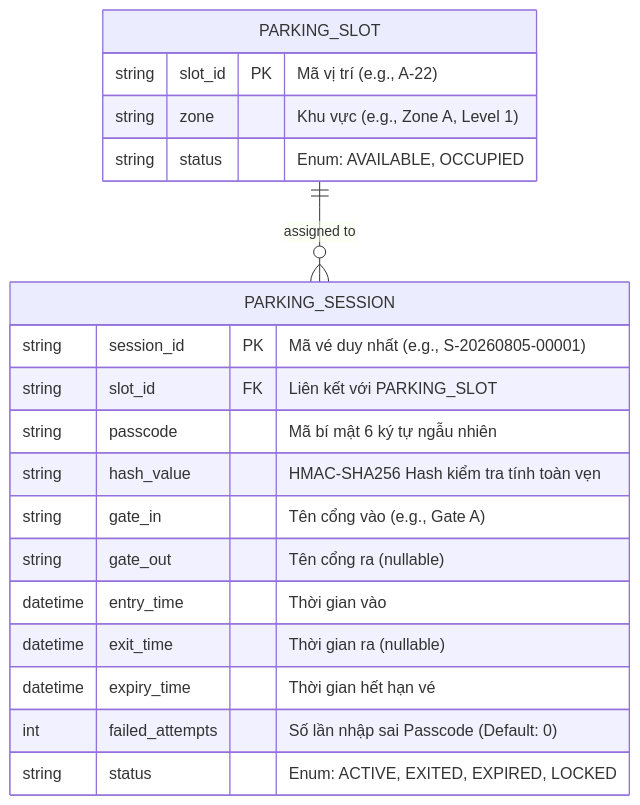
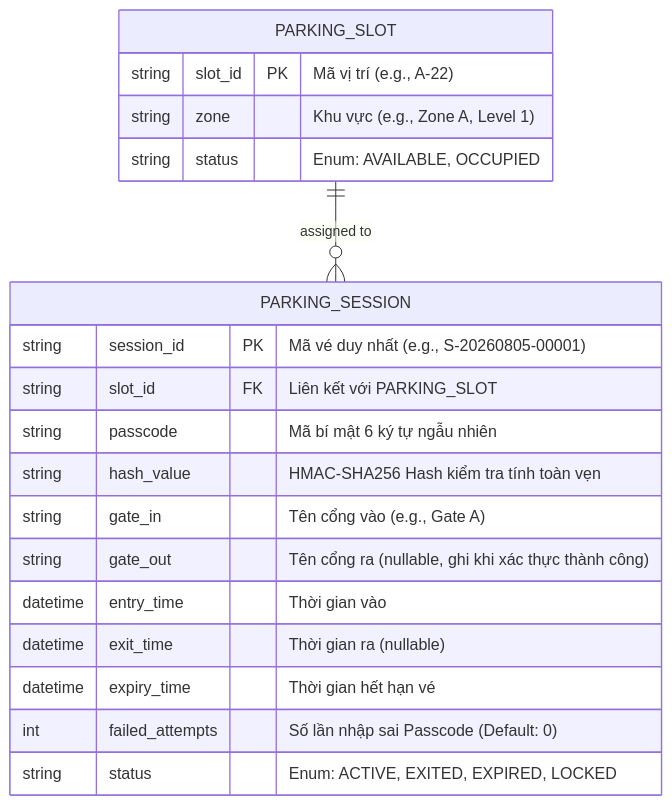
One commit to bvkjdbdbbd/hello changed the third of 3 diagrams in README.md. Above: the diagram before and after it, drawn with Mermaid. The commit also changed other lines of this file, not shown here.

````diff
--- a/README.md
+++ b/README.md
@@ -122,24 +120,24 @@
 ```mermaid
 erDiagram
     PARKING_SLOT ||--o{ PARKING_SESSION : "assigned to"
 
     PARKING_SLOT {
         string slot_id PK "Mã vị trí (e.g., A-22)"
         string zone "Khu vực (e.g., Zone A, Level 1)"
         string status "Enum: AVAILABLE, OCCUPIED"
     }
 
     PARKING_SESSION {
         string session_id PK "Mã vé duy nhất (e.g., S-20260805-00001)"
         string slot_id FK "Liên kết với PARKING_SLOT"
         string passcode "Mã bí mật 6 ký tự ngẫu nhiên"
         string hash_value "HMAC-SHA256 Hash kiểm tra tính toàn vẹn"
         string gate_in "Tên cổng vào (e.g., Gate A)"
-        string gate_out "Tên cổng ra (nullable)"
+        string gate_out "Tên cổng ra (nullable, ghi khi xác thực thành công)"
         datetime entry_time "Thời gian vào"
         datetime exit_time "Thời gian ra (nullable)"
         datetime expiry_time "Thời gian hết hạn vé"
         int failed_attempts "Số lần nhập sai Passcode (Default: 0)"
         string status "Enum: ACTIVE, EXITED, EXPIRED, LOCKED"
     }
 ```
````
